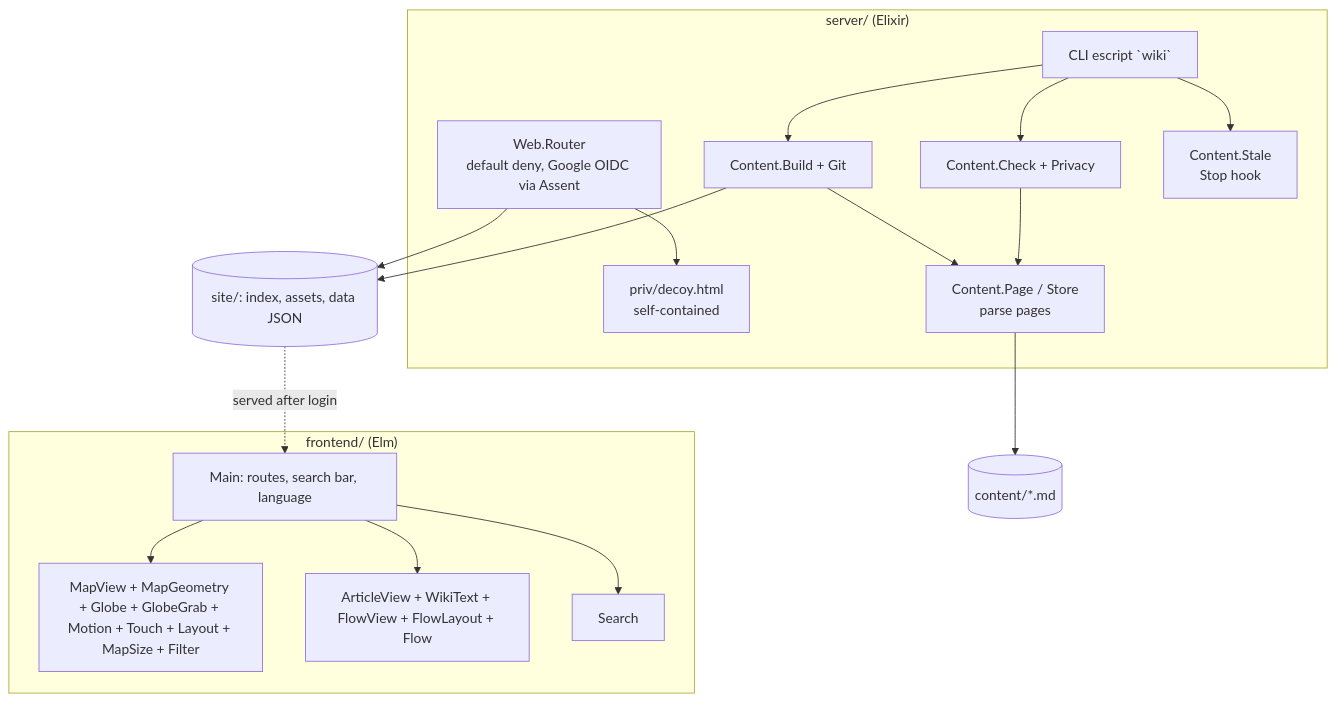
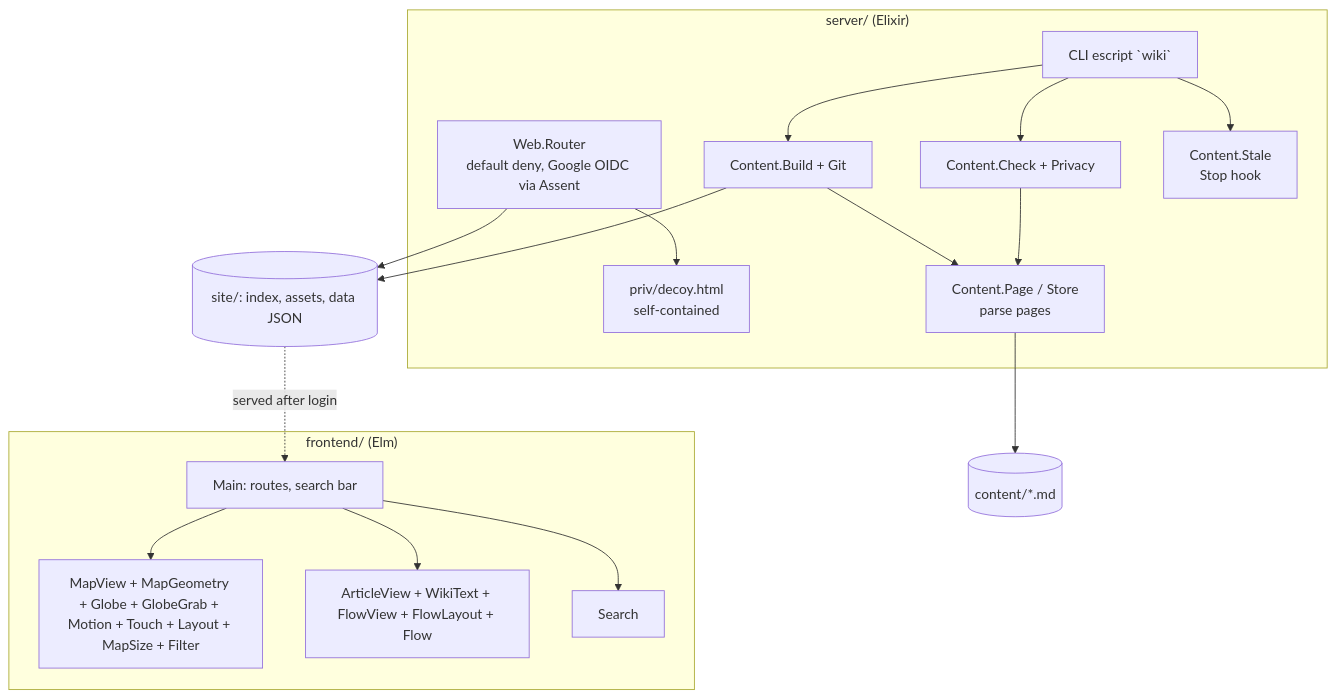
One commit to yujideluca/wiki changed the second of 2 diagrams in DESIGN.md. Above: the diagram before and after it, drawn with Mermaid. The commit also changed other lines of this file and 7 other files, not shown here.

````diff
--- a/DESIGN.md
+++ b/DESIGN.md
@@ -39,28 +39,28 @@
 ```mermaid
 flowchart TB
     subgraph server["server/ (Elixir)"]
         router[Web.Router<br/>default deny, Google OIDC via Assent]
         decoy[priv/decoy.html<br/>self-contained]
         content[Content.Page / Store<br/>parse pages]
         check[Content.Check + Privacy]
         build[Content.Build + Git]
         stale[Content.Stale<br/>Stop hook]
         cli[CLI escript `wiki`]
     end
     subgraph frontend["frontend/ (Elm)"]
-        main[Main: routes, search bar, language]
+        main[Main: routes, search bar]
         mapv[MapView + MapGeometry + Globe + GlobeGrab + Motion + Touch + Layout + MapSize + Filter]
         art[ArticleView + WikiText + FlowView + FlowLayout + Flow]
         search[Search]
     end
     pages[(content/*.md)]
     site[(site/: index, assets, data JSON)]
     cli --> check --> content --> pages
     cli --> build --> content
     build --> site
     cli --> stale
     router --> decoy
     router --> site
     main --> mapv & art & search
     site -. served after login .-> main
 ```
````
